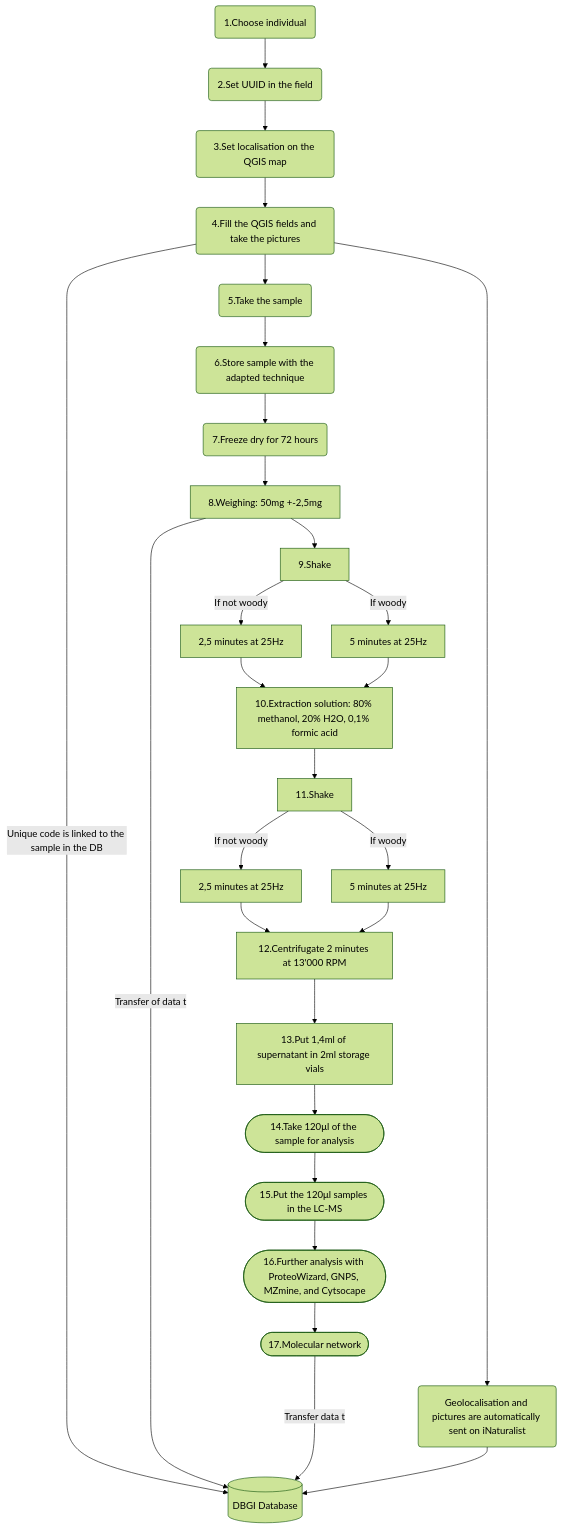
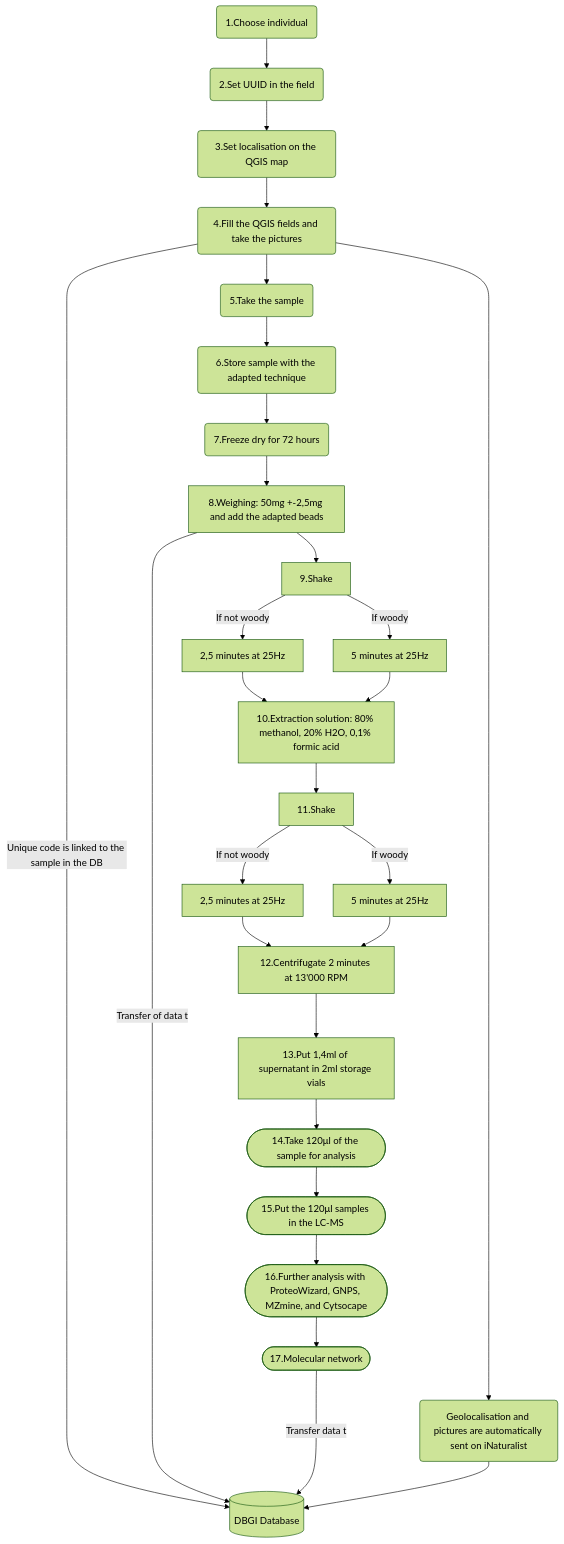
Before and after one commit to digital-botanical-gardens-initiative/dendron-dbgi: the third of 3 diagrams in vault/Bachelor-Works.Simon-Rérat.C_Methods.md, drawn with Mermaid (forest theme). The commit also changed other lines of this file and 3 other files, not shown here.

````diff
--- a/vault/Bachelor-Works.Simon-Rérat.C_Methods.md
+++ b/vault/Bachelor-Works.Simon-Rérat.C_Methods.md
@@ -152,35 +152,35 @@
 ```mermaid
 
 flowchart TB
 
 
    
      A(1.Choose individual)-->
      B(2.Set UUID in the field)-->
      C(3.Set localisation on the QGIS map)-->
      D(4.Fill the QGIS fields and take the pictures)--Unique code is linked to the sample in the DB-->id99[(DBGI Database)]
      D-->F(5.Take the sample)-->
      G(6.Store sample with the adapted technique)
      G-->GJ(7.Freeze dry for 72 hours)
 
 
-     -->H[8.Weighing: 50mg +-2,5mg]
+     -->H[8.Weighing: 50mg +-2,5mg and add the adapted beads]
      H--Transfer of data to-->id99
     H-->I[9.Shake]
     I--If not woody-->II[2,5 minutes at 25Hz]
     I--If woody-->IJ[5 minutes at 25Hz]
     II--> K[10.Extraction solution: 80% methanol, 20% H2O, 0,1% formic acid]
     IJ--> K
     K[10.Extraction solution: 80% methanol, 20% H2O, 0,1% formic acid] 
     -->OO[11.Shake]
     OO--If not woody-->JJ[2,5 minutes at 25Hz]-->L
     OO--If woody-->JK[5 minutes at 25Hz]--> L
     L[12.Centrifugate 2 minutes at 13'000 RPM]-->
     M[13.Put 1,4ml of supernatant in 2ml storage vials]-->
 
     N([14.Take 120μl of the sample for analysis])-->
     O([15.Put the 120μl samples in the LC-MS])-->
     P([16.Further analysis with ProteoWizard, GNPS, MZmine, and Cytsocape])-->
     Q([17.Molecular network]) --Transfer data to--> id99
     D-->R(Geolocalisation and pictures are automatically sent on iNaturalist)-->id99
 ```
````
